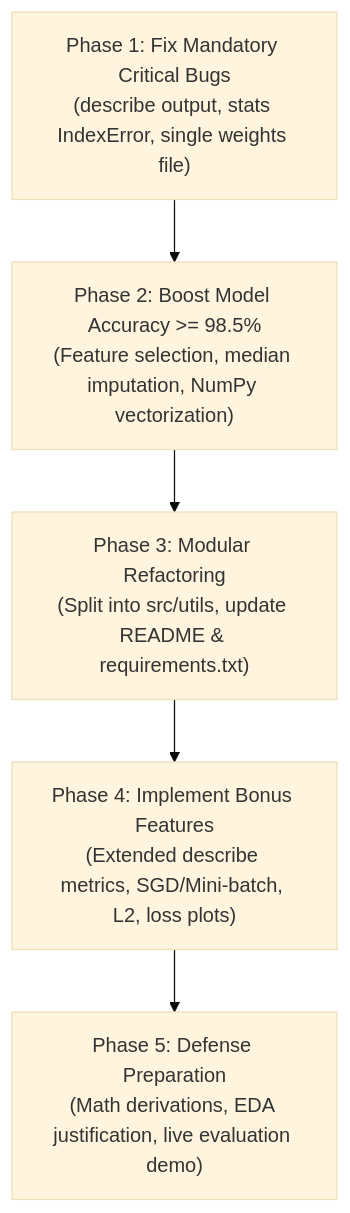
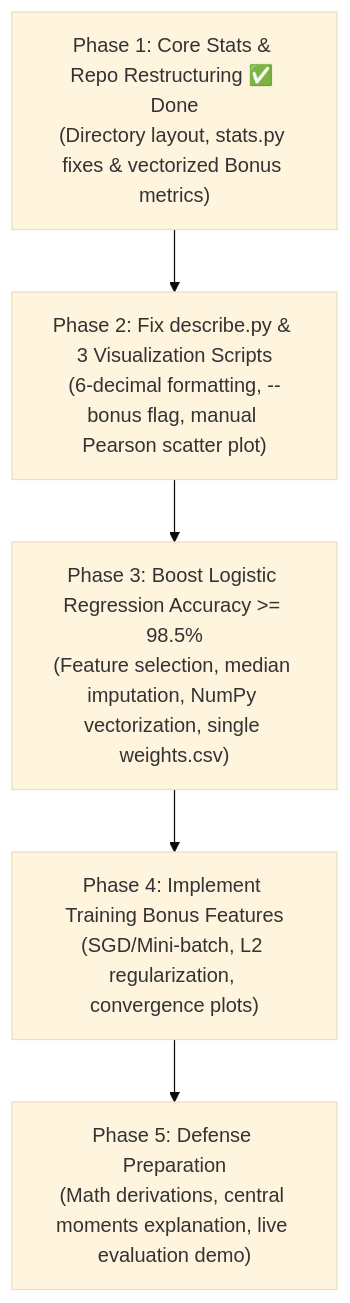
The second of 2 diagrams in docs/TODO.md (GauChau/dslr), drawn with Mermaid (base theme) before and after one commit. The commit also changed other lines of this file and 2 other files, not shown here.

Commit message:
Updated README and stats.py

````diff
--- a/docs/TODO.md
+++ b/docs/TODO.md
@@ -639,7 +491,7 @@
 ```mermaid
 flowchart TD
-    A["Phase 1: Fix Mandatory Critical Bugs<br>(describe output, stats IndexError, single weights file)"] --> B["Phase 2: Boost Model Accuracy >= 98.5%<br>(Feature selection, median imputation, NumPy vectorization)"]
-    B --> C["Phase 3: Modular Refactoring<br>(Split into src/utils, update README & requirements.txt)"]
-    C --> D["Phase 4: Implement Bonus Features<br>(Extended describe metrics, SGD/Mini-batch, L2, loss plots)"]
-    D --> E["Phase 5: Defense Preparation<br>(Math derivations, EDA justification, live evaluation demo)"]
+    A["Phase 1: Core Stats & Repo Restructuring ✅ Done<br>(Directory layout, stats.py fixes & vectorized Bonus metrics)"] --> B["Phase 2: Fix describe.py & 3 Visualization Scripts<br>(6-decimal formatting, --bonus flag, manual Pearson scatter plot)"]
+    B --> C["Phase 3: Boost Logistic Regression Accuracy >= 98.5%<br>(Feature selection, median imputation, NumPy vectorization, single weights.csv)"]
+    C --> D["Phase 4: Implement Training Bonus Features<br>(SGD/Mini-batch, L2 regularization, convergence plots)"]
+    D --> E["Phase 5: Defense Preparation<br>(Math derivations, central moments explanation, live evaluation demo)"]
 ```
````
